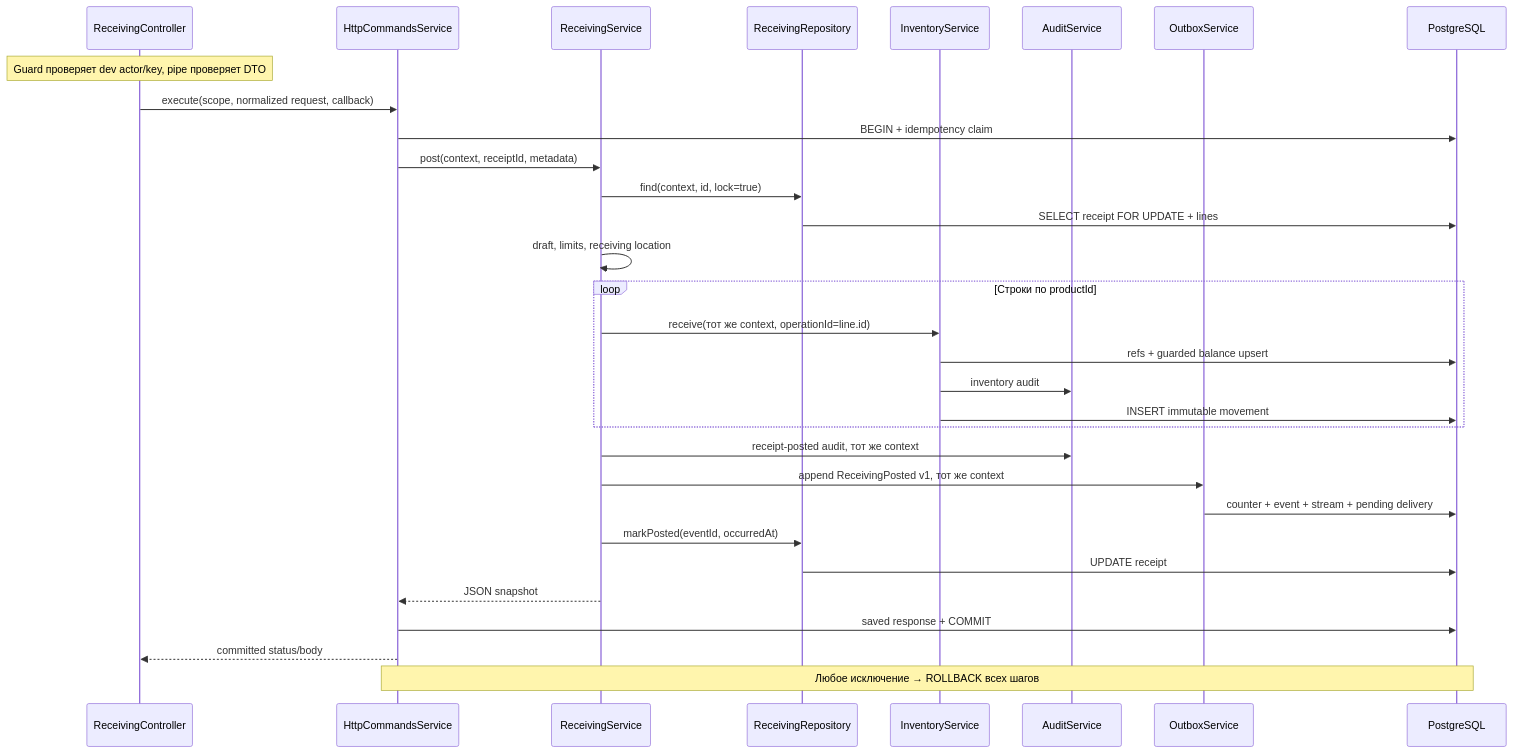
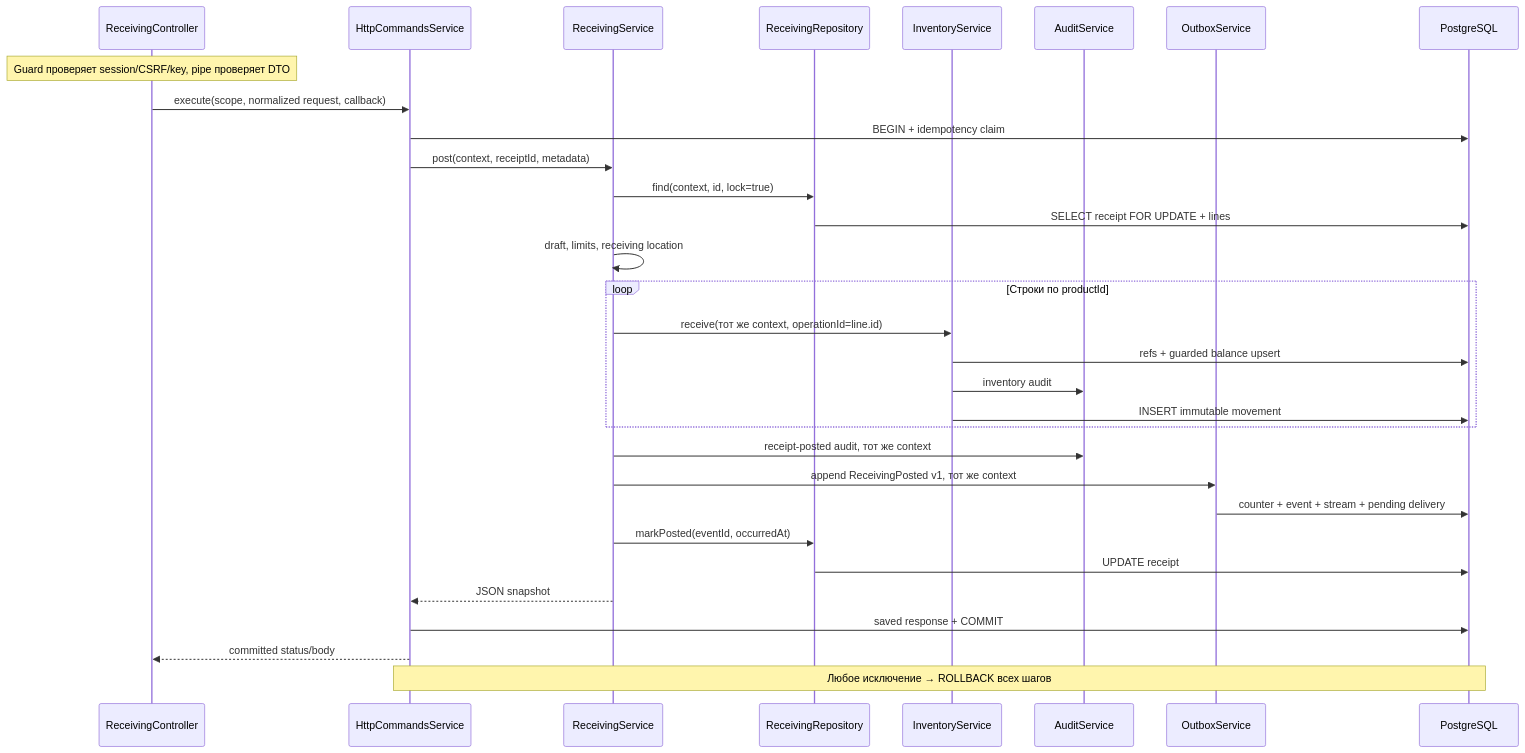
Before and after one commit to alekseishmidko/warehouse-control: the diagram in apps/backend/src/modules/receiving/README.md, drawn with Mermaid. The commit also changed other lines of this file and 239 other files, not shown here.

````diff
--- a/apps/backend/src/modules/receiving/README.md
+++ b/apps/backend/src/modules/receiving/README.md
@@ -86,33 +87,33 @@
 ```mermaid
 sequenceDiagram
   participant C as ReceivingController
   participant H as HttpCommandsService
   participant S as ReceivingService
   participant R as ReceivingRepository
   participant I as InventoryService
   participant A as AuditService
   participant O as OutboxService
   participant DB as PostgreSQL
-  Note over C: Guard проверяет dev actor/key, pipe проверяет DTO
+  Note over C: Guard проверяет session/CSRF/key, pipe проверяет DTO
   C->>H: execute(scope, normalized request, callback)
   H->>DB: BEGIN + idempotency claim
   H->>S: post(context, receiptId, metadata)
   S->>R: find(context, id, lock=true)
   R->>DB: SELECT receipt FOR UPDATE + lines
   S->>S: draft, limits, receiving location
   loop Строки по productId
     S->>I: receive(тот же context, operationId=line.id)
     I->>DB: refs + guarded balance upsert
     I->>A: inventory audit
     I->>DB: INSERT immutable movement
   end
   S->>A: receipt-posted audit, тот же context
   S->>O: append ReceivingPosted v1, тот же context
   O->>DB: counter + event + stream + pending delivery
   S->>R: markPosted(eventId, occurredAt)
   R->>DB: UPDATE receipt
   S-->>H: JSON snapshot
   H->>DB: saved response + COMMIT
   H-->>C: committed status/body
   Note over H,DB: Любое исключение → ROLLBACK всех шагов
 ```
````
